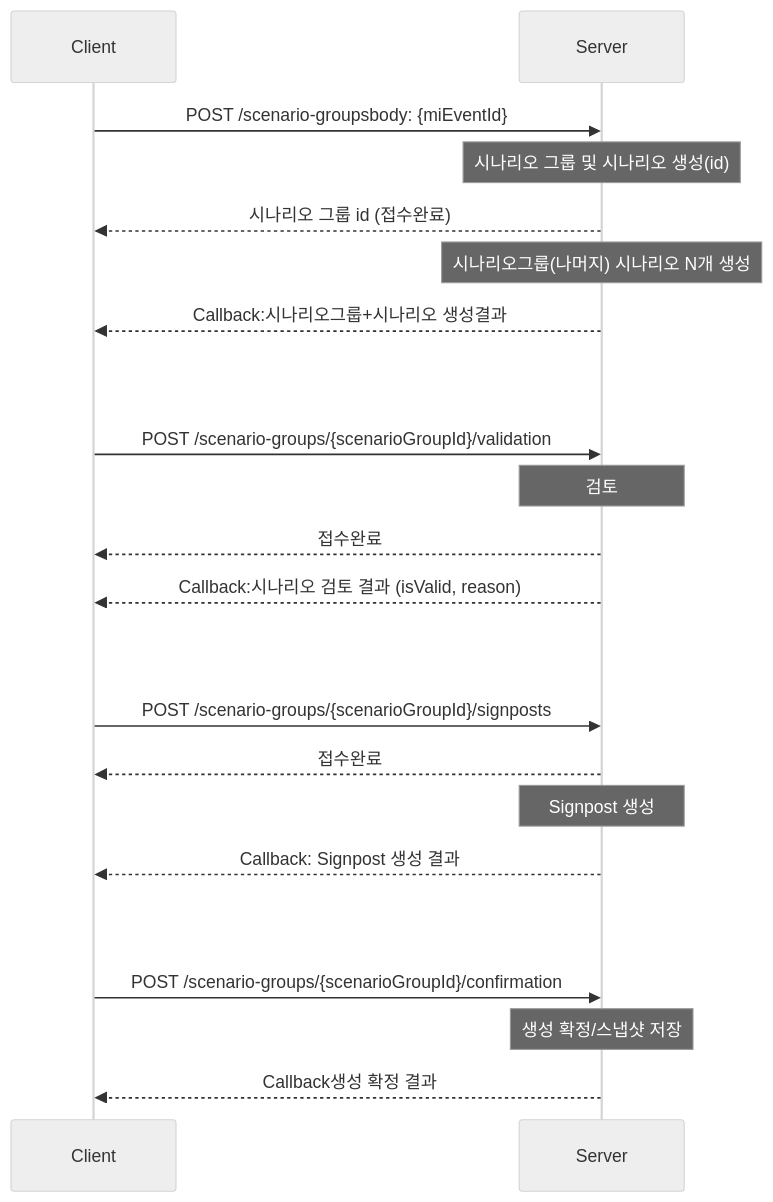
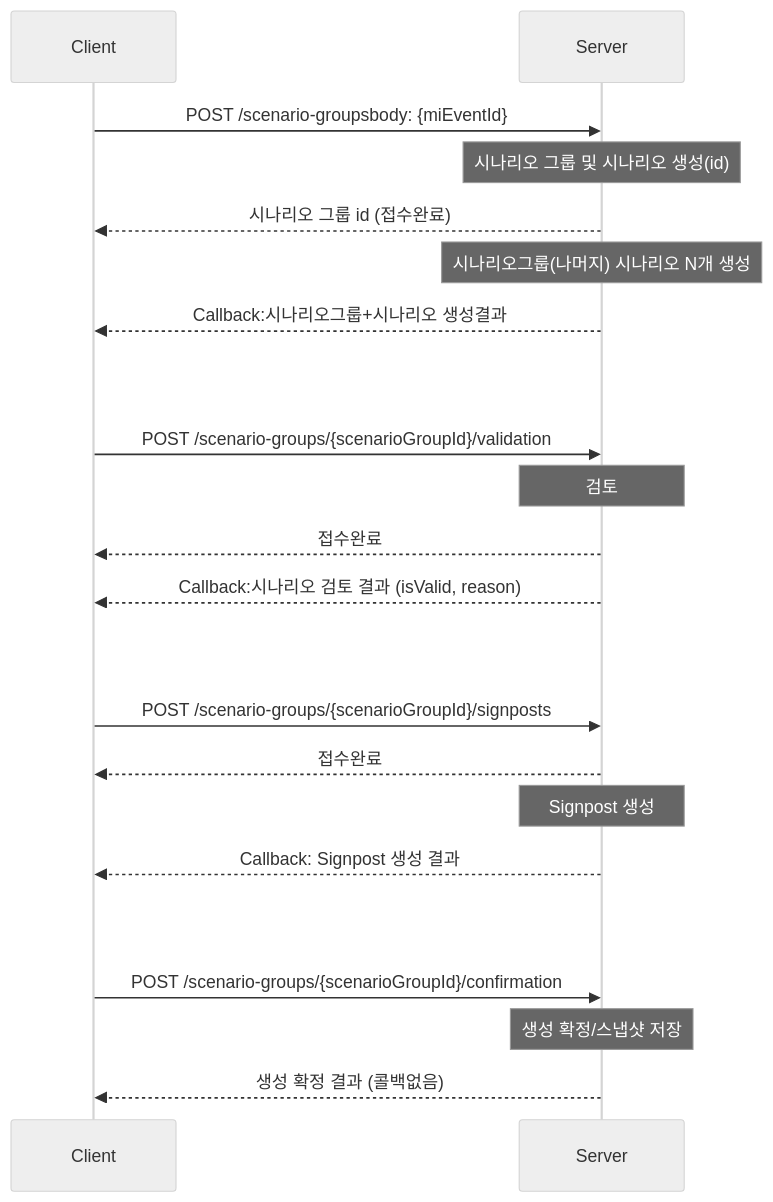
The diagram in docs/architectures/scenario_group_agent_sequence.md (enkhbaatarL/skmip-mi-agent), drawn with Mermaid (neutral theme) before and after one commit. The commit also changed other lines of this file and 15 other files, not shown here.

````diff
--- a/docs/architectures/scenario_group_agent_sequence.md
+++ b/docs/architectures/scenario_group_agent_sequence.md
@@ -12,28 +10,28 @@
 ```mermaid
 sequenceDiagram
     participant Client
     participant Server
 
     Client->>Server: POST /scenario-groupsbody: {miEventId}
 
     Note over Server: 시나리오 그룹 및 시나리오 생성(id)
     Server-->>Client: 시나리오 그룹 id (접수완료)
 
     Note over Server: 시나리오그룹(나머지) 시나리오 N개 생성
     Server-->>Client: Callback:시나리오그룹+시나리오 생성결과
 
     Client->>Server: <br/><br/><br/><br/>POST /scenario-groups/{scenarioGroupId}/validation
     Note over Server: 검토
     Server-->>Client: 접수완료
 
     Server-->>Client: Callback:시나리오 검토 결과 (isValid, reason)
 
     Client->>Server: <br/><br/><br/><br/>POST /scenario-groups/{scenarioGroupId}/signposts
     Server-->>Client: 접수완료
     Note over Server: Signpost 생성
     Server-->>Client: Callback: Signpost 생성 결과
 
     Client->>Server: <br/><br/><br/><br/>POST /scenario-groups/{scenarioGroupId}/confirmation
     Note over Server: 생성 확정/스냅샷 저장
-    Server-->>Client: Callback생성 확정 결과
+    Server-->>Client: 생성 확정 결과 (콜백없음)
 ```
````
